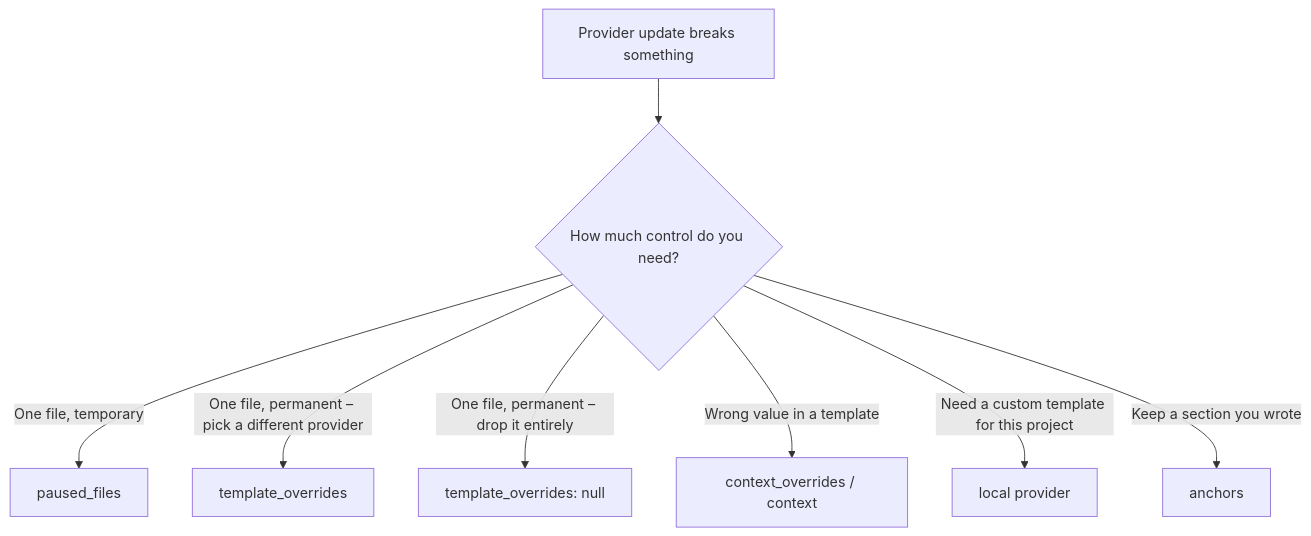
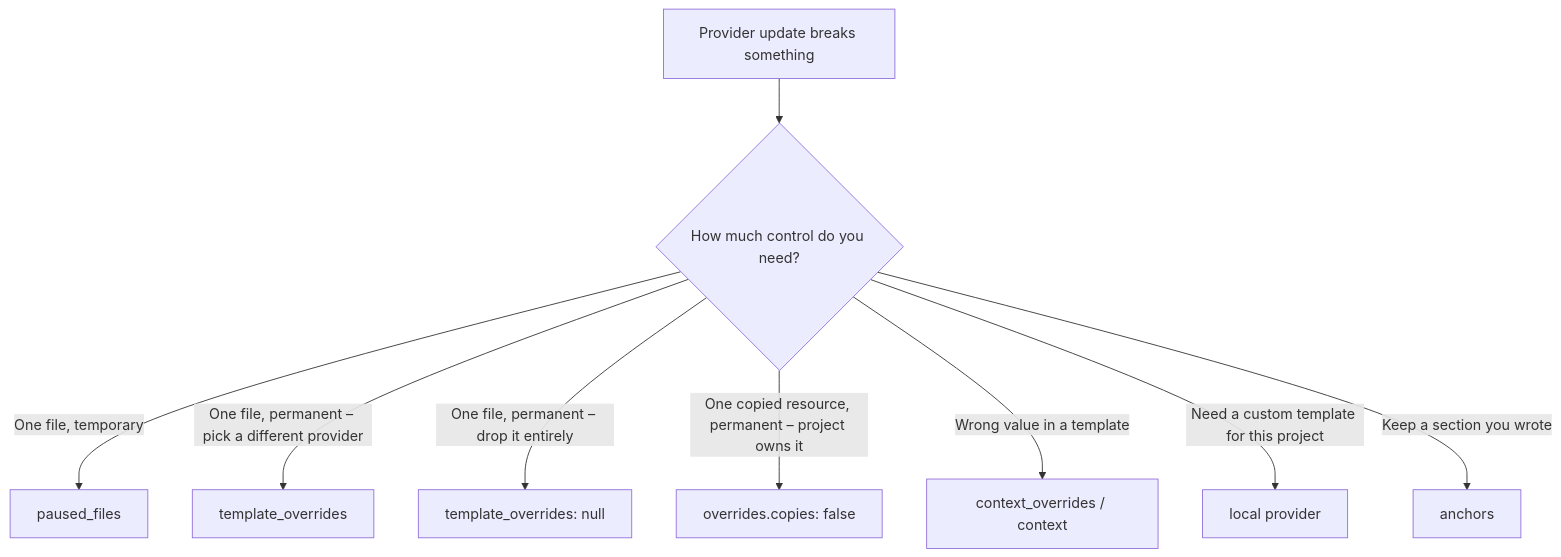
Before and after one commit to hotdog-werx/repolish: the diagram in docs/project-controls/index.md, drawn with Mermaid. The commit also changed other lines of this file and 17 other files, not shown here.

````diff
--- a/docs/project-controls/index.md
+++ b/docs/project-controls/index.md
@@ -18,10 +18,11 @@
 ```mermaid
 flowchart TD
     A[Provider update breaks something] --> B{How much control do you need?}
     B -->|One file, temporary| C[paused_files]
     B -->|One file, permanent – pick a different provider| D[template_overrides]
     B -->|One file, permanent – drop it entirely| E[template_overrides: null]
+    B -->|One copied resource, permanent – project owns it| I[overrides.copies: false]
     B -->|Wrong value in a template| F[context_overrides / context]
     B -->|Need a custom template for this project| G[local provider]
     B -->|Keep a section you wrote| H[anchors]
 ```
````
